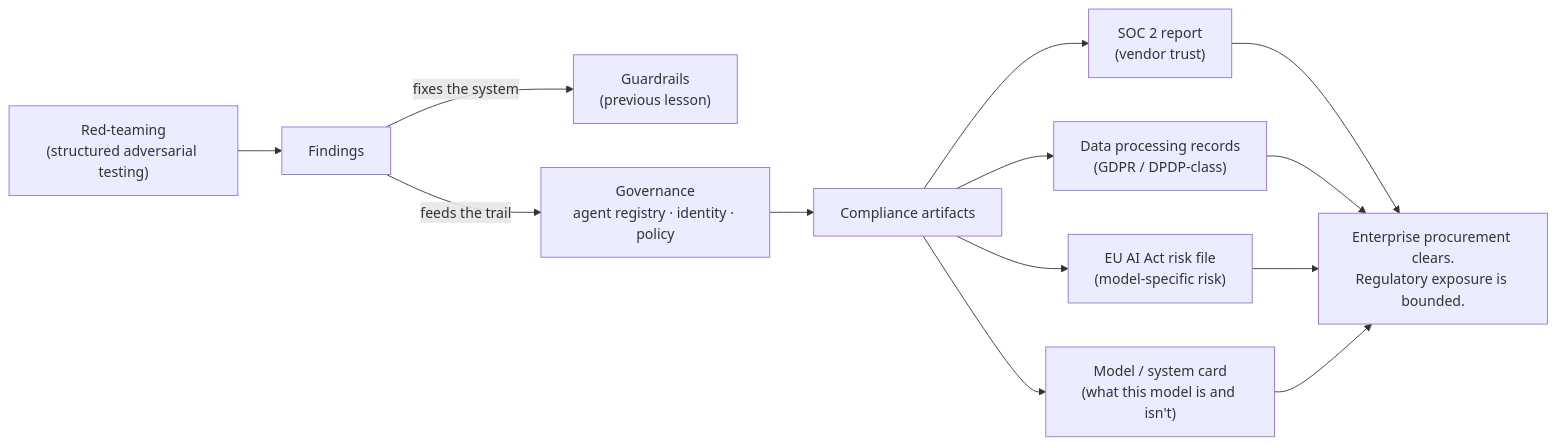
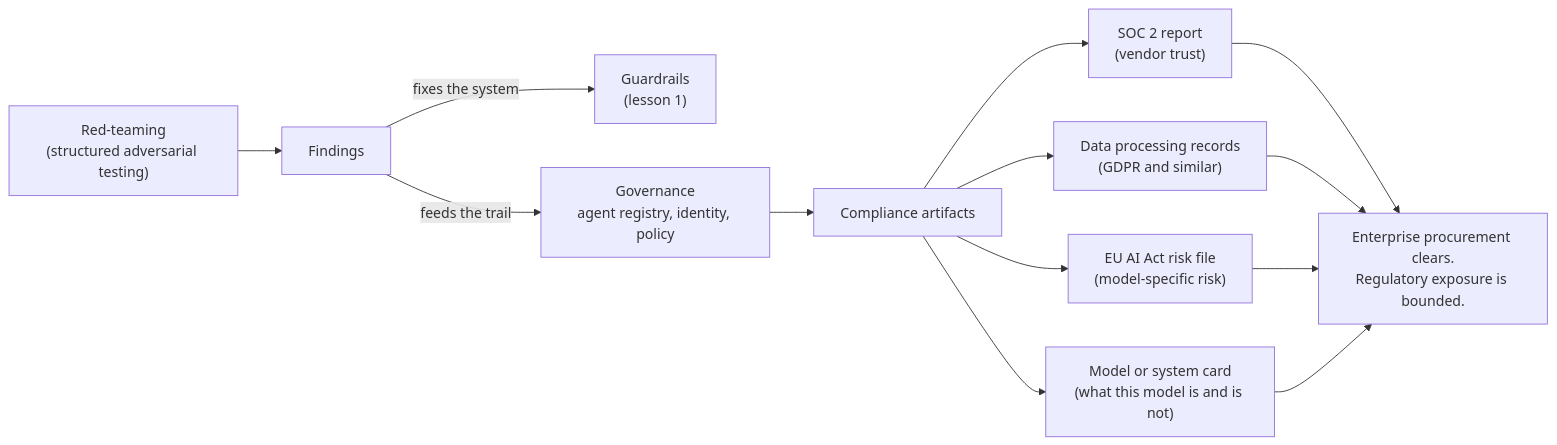
The diagram in ai-security-and-guardrails/governance-audit-and-compliance.md (aakashagg123/gatsby), drawn with Mermaid before and after one commit. The commit also changed other lines of this file and 17 other files, not shown here.

First line of the commit message:
Improve ai-security-and-guardrails: fix EU AI Act dates, add red-teaming lesson

````diff
--- a/ai-security-and-guardrails/governance-audit-and-compliance.md
+++ b/ai-security-and-guardrails/governance-audit-and-compliance.md
@@ -34,12 +42,12 @@
 ```mermaid
 flowchart LR
   RT["Red-teaming<br/>(structured adversarial testing)"] --> FIND["Findings"]
-  FIND -->|"fixes the system"| GR["Guardrails<br/>(previous lesson)"]
-  FIND -->|"feeds the trail"| REG["Governance<br/>agent registry · identity · policy"]
+  FIND -->|"fixes the system"| GR["Guardrails<br/>(lesson 1)"]
+  FIND -->|"feeds the trail"| REG["Governance<br/>agent registry, identity, policy"]
   REG --> ART["Compliance artifacts"]
   ART --> SOC["SOC 2 report<br/>(vendor trust)"]
-  ART --> GDPR["Data processing records<br/>(GDPR / DPDP-class)"]
+  ART --> GDPR["Data processing records<br/>(GDPR and similar)"]
   ART --> EUAI["EU AI Act risk file<br/>(model-specific risk)"]
-  ART --> CARD["Model / system card<br/>(what this model is and isn't)"]
+  ART --> CARD["Model or system card<br/>(what this model is and is not)"]
   SOC & GDPR & EUAI & CARD --> UNLOCK["Enterprise procurement clears.<br/>Regulatory exposure is bounded."]
 ```
````
